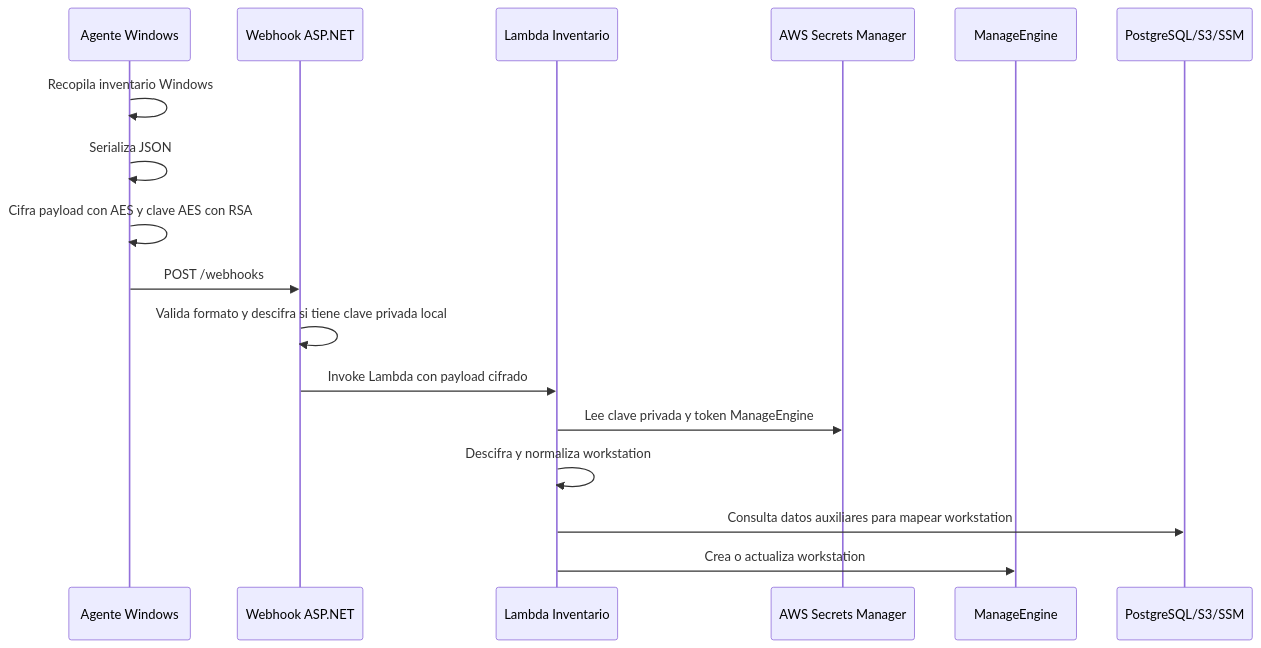
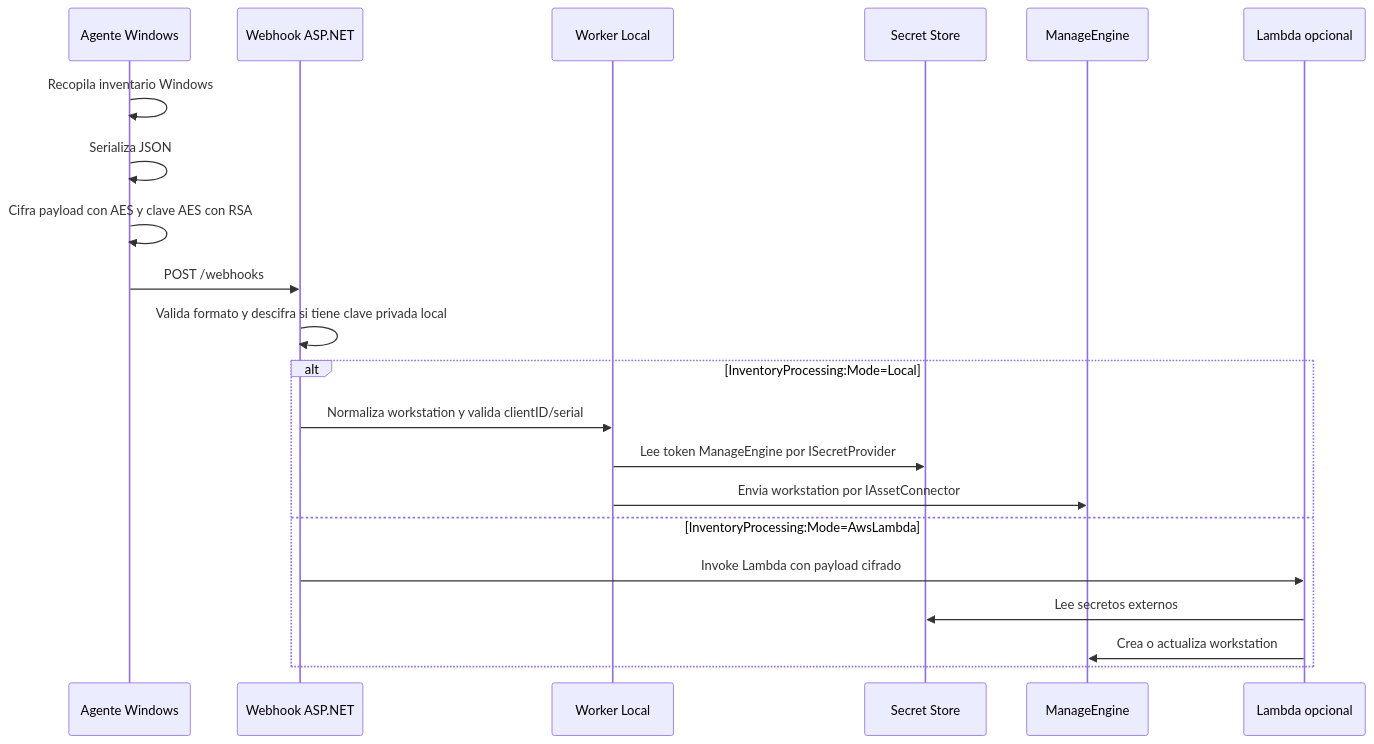
The diagram in docs/ARCHITECTURE.md (kpulido93/AutoInv), drawn with Mermaid before and after one commit. The commit also changed other lines of this file and 87 other files, not shown here.

````diff
--- a/docs/ARCHITECTURE.md
+++ b/docs/ARCHITECTURE.md
@@ -9,20 +9,24 @@
 ```mermaid
 sequenceDiagram
     participant Agent as Agente Windows
     participant Webhook as Webhook ASP.NET
-    participant Lambda as Lambda Inventario
-    participant Secrets as AWS Secrets Manager
+    participant Worker as Worker Local
+    participant Secrets as Secret Store
     participant ME as ManageEngine
-    participant PG as PostgreSQL/S3/SSM
+    participant Lambda as Lambda opcional
 
     Agent->>Agent: Recopila inventario Windows
     Agent->>Agent: Serializa JSON
     Agent->>Agent: Cifra payload con AES y clave AES con RSA
     Agent->>Webhook: POST /webhooks
     Webhook->>Webhook: Valida formato y descifra si tiene clave privada local
-    Webhook->>Lambda: Invoke Lambda con payload cifrado
-    Lambda->>Secrets: Lee clave privada y token ManageEngine
-    Lambda->>Lambda: Descifra y normaliza workstation
-    Lambda->>PG: Consulta datos auxiliares para mapear workstation
-    Lambda->>ME: Crea o actualiza workstation
+    alt InventoryProcessing:Mode=Local
+        Webhook->>Worker: Normaliza workstation y valida clientID/serial
+        Worker->>Secrets: Lee token ManageEngine por ISecretProvider
+        Worker->>ME: Envia workstation por IAssetConnector
+    else InventoryProcessing:Mode=AwsLambda
+        Webhook->>Lambda: Invoke Lambda con payload cifrado
+        Lambda->>Secrets: Lee secretos externos
+        Lambda->>ME: Crea o actualiza workstation
+    end
 ```
````
